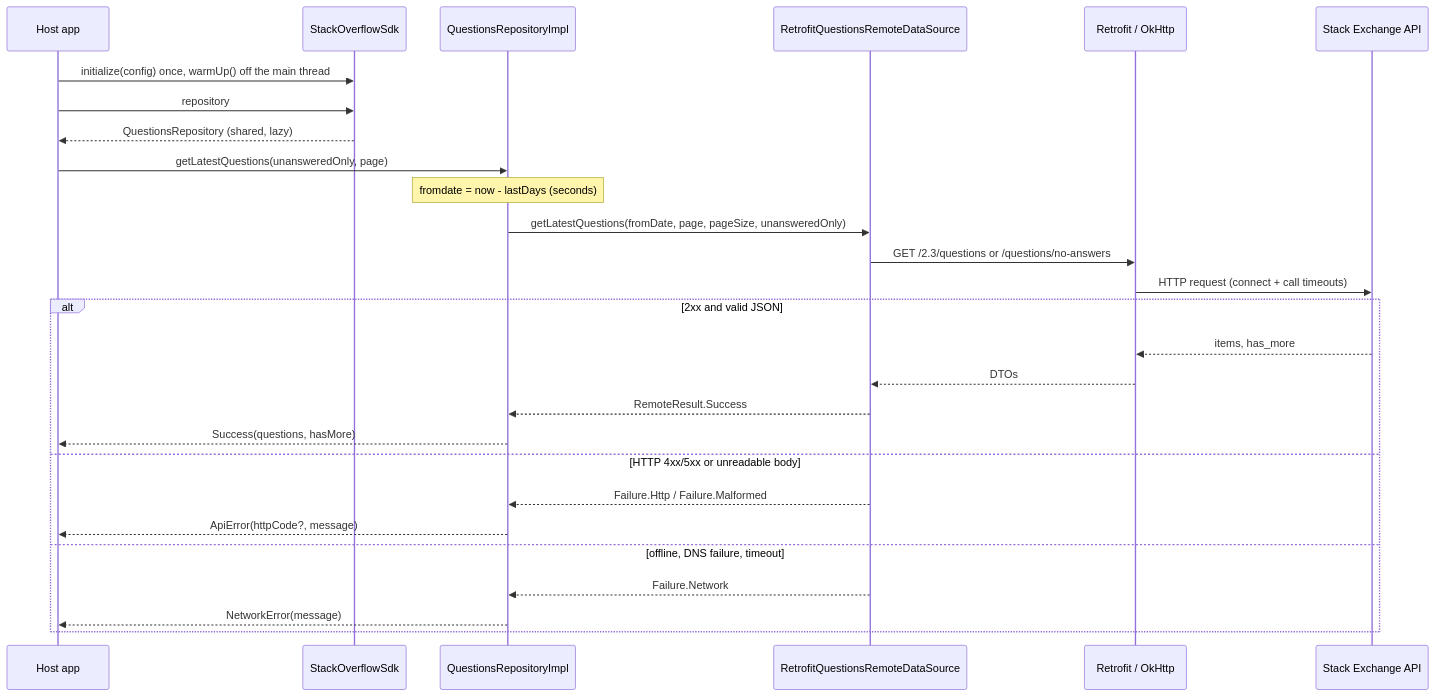
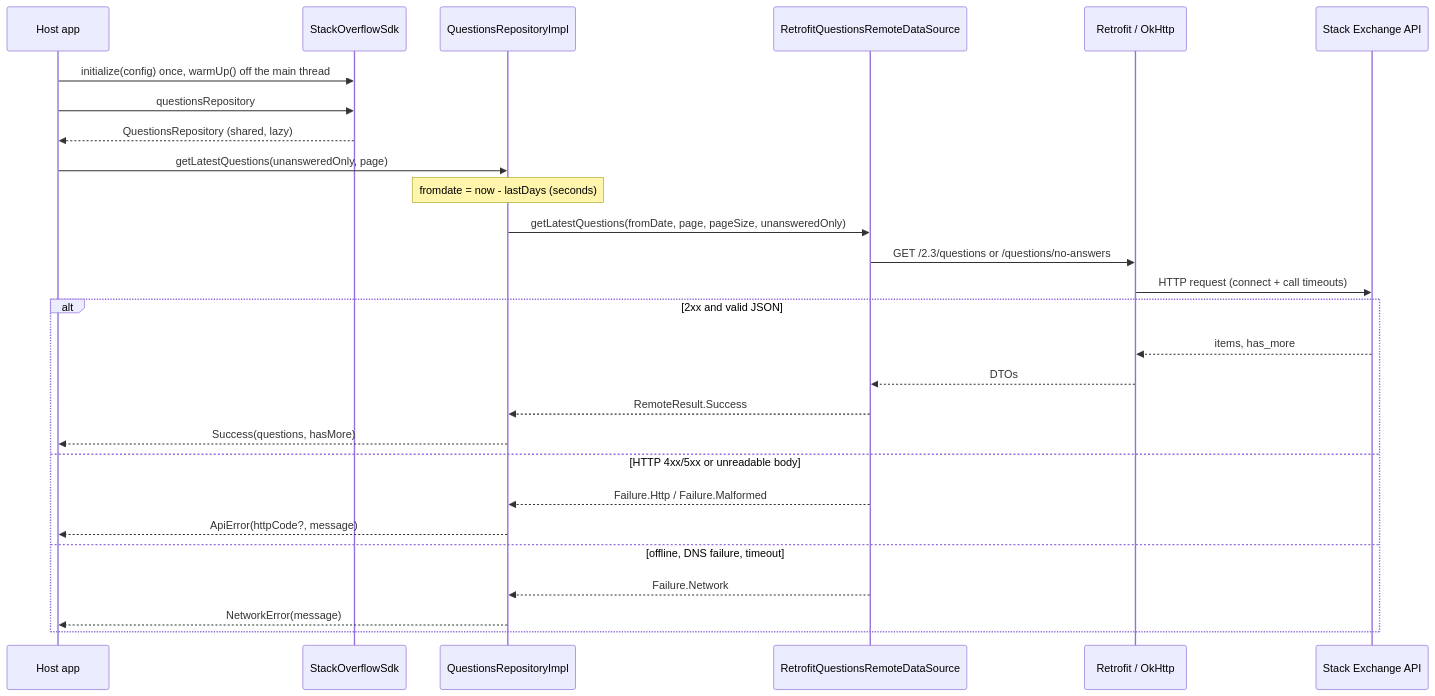
One commit to alexfin90/StackOverFlowAssignment changed the second of 3 diagrams in README.md. Above: the diagram before and after it, drawn with Mermaid. The commit also changed other lines of this file and 4 other files, not shown here.

First line of the commit message:
refactor(sdk): rename shared repository to questionsRepository and drop the Timber bridge

````diff
--- a/README.md
+++ b/README.md
@@ -99,30 +99,30 @@
 ```mermaid
 sequenceDiagram
     participant App as Host app
     participant Sdk as StackOverflowSdk
     participant Repo as QuestionsRepositoryImpl
     participant Remote as RetrofitQuestionsRemoteDataSource
     participant Http as Retrofit / OkHttp
     participant So as Stack Exchange API
 
     App->>Sdk: initialize(config) once, warmUp() off the main thread
-    App->>Sdk: repository
+    App->>Sdk: questionsRepository
     Sdk-->>App: QuestionsRepository (shared, lazy)
     App->>Repo: getLatestQuestions(unansweredOnly, page)
     Note over Repo: fromdate = now - lastDays (seconds)
     Repo->>Remote: getLatestQuestions(fromDate, page, pageSize, unansweredOnly)
     Remote->>Http: GET /2.3/questions or /questions/no-answers
     Http->>So: HTTP request (connect + call timeouts)
     alt 2xx and valid JSON
         So-->>Http: items, has_more
         Http-->>Remote: DTOs
         Remote-->>Repo: RemoteResult.Success
         Repo-->>App: Success(questions, hasMore)
     else HTTP 4xx/5xx or unreadable body
         Remote-->>Repo: Failure.Http / Failure.Malformed
         Repo-->>App: ApiError(httpCode?, message)
     else offline, DNS failure, timeout
         Remote-->>Repo: Failure.Network
         Repo-->>App: NetworkError(message)
     end
 ```
````
